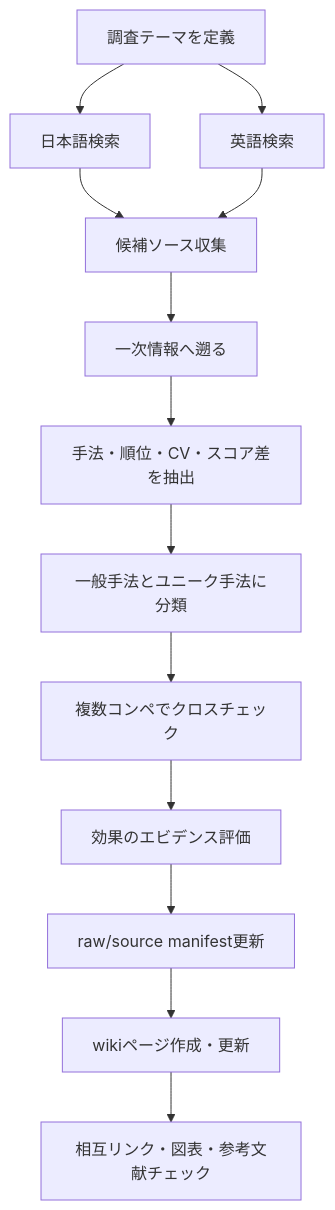
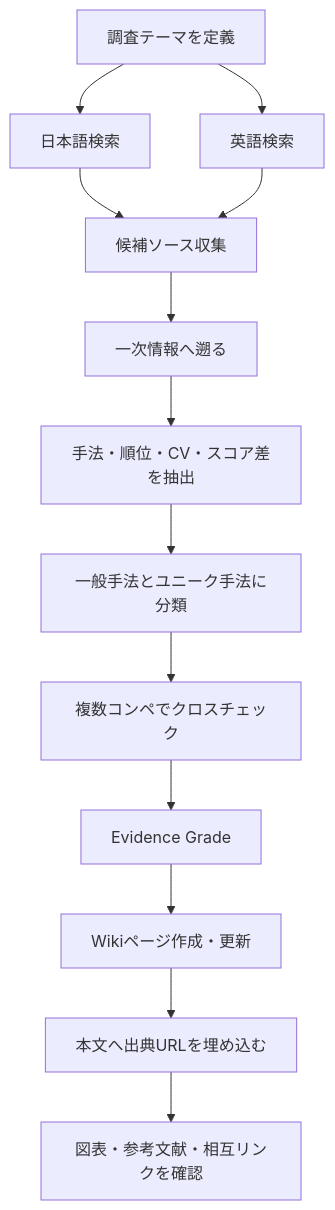
One commit to morikazu1119/Kagglecture changed the first of 2 diagrams in .agents/skills/kaggle-research/SKILL.md. Above: the diagram before and after it, drawn with Mermaid. The commit also changed other lines of this file, not shown here.

````diff
--- a/.agents/skills/kaggle-research/SKILL.md
+++ b/.agents/skills/kaggle-research/SKILL.md
@@ -58,15 +58,15 @@
 ```mermaid
 flowchart TD
     A[調査テーマを定義] --> B[日本語検索]
     A --> C[英語検索]
     B --> D[候補ソース収集]
     C --> D
     D --> E[一次情報へ遡る]
     E --> F[手法・順位・CV・スコア差を抽出]
     F --> G[一般手法とユニーク手法に分類]
     G --> H[複数コンペでクロスチェック]
-    H --> I[効果のエビデンス評価]
-    I --> J[raw/source manifest更新]
-    J --> K[wikiページ作成・更新]
-    K --> L[相互リンク・図表・参考文献チェック]
+    H --> I[Evidence Grade]
+    I --> J[Wikiページ作成・更新]
+    J --> K[本文へ出典URLを埋め込む]
+    K --> L[図表・参考文献・相互リンクを確認]
 ```
````
